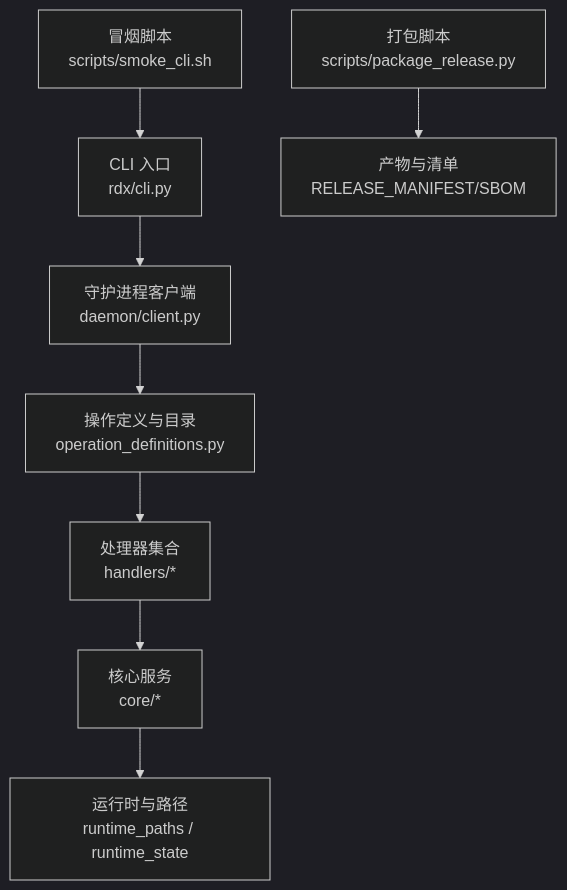
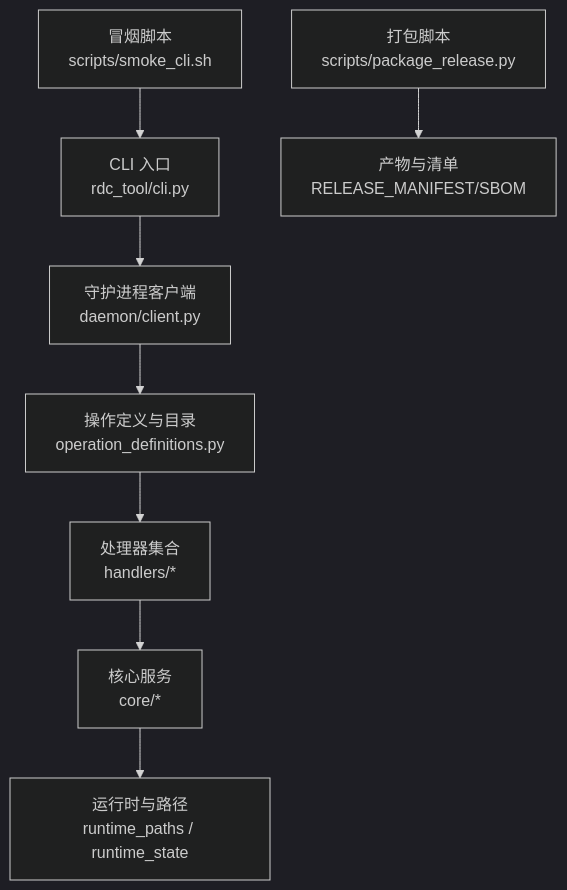
The first of 8 diagrams in .qoder/repowiki/zh/content/开发指南/开发指南.md (haolange/RDC-Tool), drawn with Mermaid (dark theme) before and after one commit. The commit also changed other lines of this file and 388 other files, not shown here.

First line of the commit message:
Release RDC-Tool identity and public maintenance surface

````diff
--- a/.qoder/repowiki/zh/content/开发指南/开发指南.md
+++ b/.qoder/repowiki/zh/content/开发指南/开发指南.md
@@ -50,10 +50,10 @@
 ```mermaid
 graph TB
-A["CLI 入口<br/>rdx/cli.py"] --> B["守护进程客户端<br/>daemon/client.py"]
+A["CLI 入口<br/>rdc_tool/cli.py"] --> B["守护进程客户端<br/>daemon/client.py"]
 B --> C["操作定义与目录<br/>operation_definitions.py"]
 C --> D["处理器集合<br/>handlers/*"]
 D --> E["核心服务<br/>core/*"]
 E --> F["运行时与路径<br/>runtime_paths / runtime_state"]
 G["冒烟脚本<br/>scripts/smoke_cli.sh"] --> A
 H["打包脚本<br/>scripts/package_release.py"] --> I["产物与清单<br/>RELEASE_MANIFEST/SBOM"]
 ```
````
